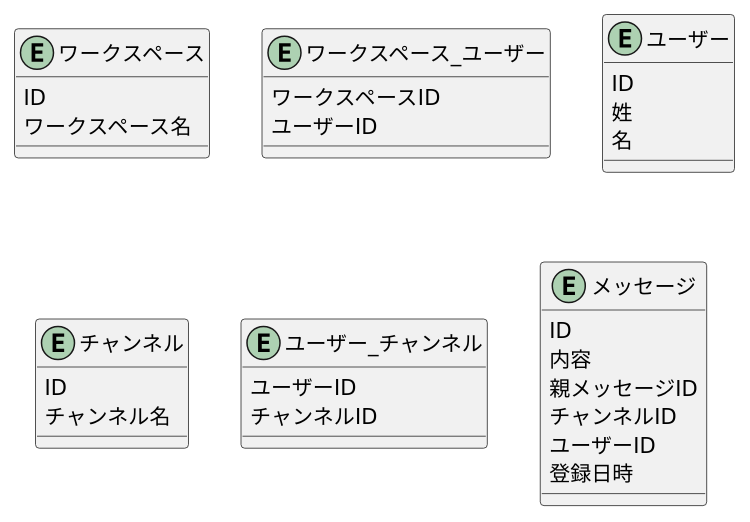
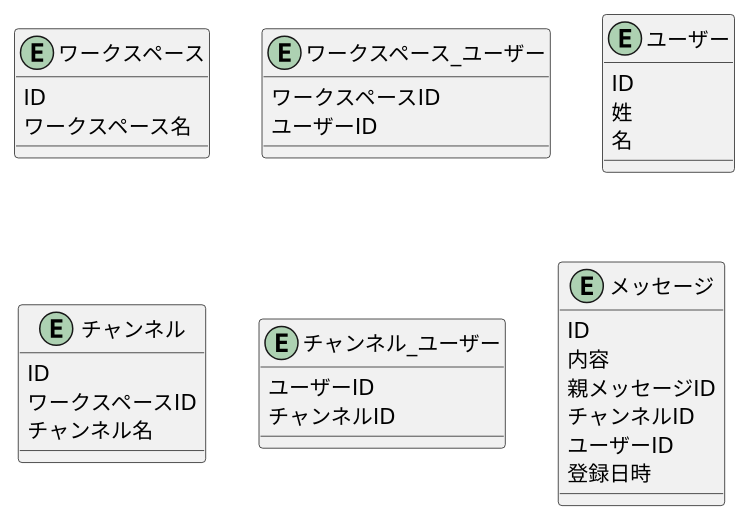
One commit to nyuusen/praha-challenge changed the diagram in db-modeling-2/works/tables.pu. Above: the diagram before and after it, drawn with PlantUML. The commit also changed 2 other files, not shown here.

```diff
--- a/db-modeling-2/works/tables.pu
+++ b/db-modeling-2/works/tables.pu
@@ -1,38 +1,39 @@
 @startuml
 
 entity ワークスペース {
    ID
    ワークスペース名
 }
 
 entity ワークスペース_ユーザー {
    ワークスペースID
    ユーザーID
 }
 
 entity ユーザー {
    ID
    姓
    名
 }
 
 entity チャンネル {
    ID
+   ワークスペースID
    チャンネル名
 }
 
-entity ユーザー_チャンネル {
+entity チャンネル_ユーザー {
    ユーザーID
    チャンネルID
 }
 
 entity メッセージ {
    ID
    内容
    親メッセージID
    チャンネルID
    ユーザーID
    登録日時
 }
 
 @enduml
```
